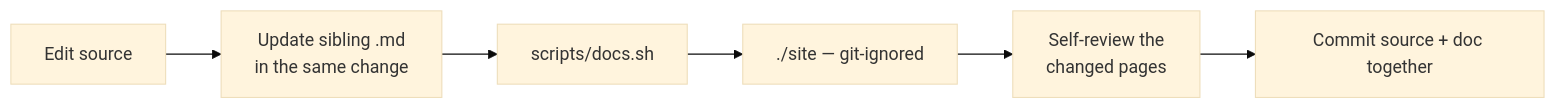
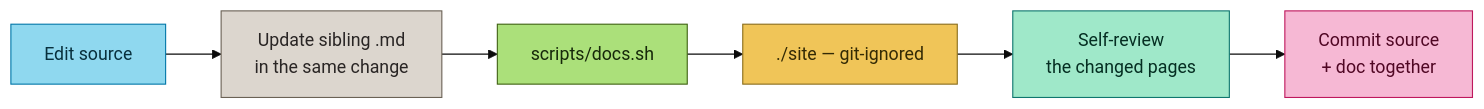
One commit to fordaj/barnacle changed the diagram in AGENTS.md. Above: the diagram before and after it, drawn with Mermaid (base theme). The commit also changed other lines of this file and 23 other files, not shown here.

````diff
--- a/AGENTS.md
+++ b/AGENTS.md
@@ -3,8 +3,20 @@
 ```mermaid
 flowchart LR
-    Code[Edit source] --> Doc[Update sibling .md<br/>in the same change]
-    Doc --> Regen[scripts/docs.sh]
-    Regen --> Site[./site — git-ignored]
-    Site --> Review[Self-review the<br/>changed pages]
-    Review --> Commit[Commit source + doc together]
+    Code["Edit source"] --> Doc["Update sibling .md<br/>in the same change"]
+    Doc --> Regen["scripts/docs.sh"]
+    Regen --> Site["./site — git-ignored"]
+    Site --> Review["Self-review<br/>the changed pages"]
+    Review --> Commit["Commit source<br/>+ doc together"]
+    class Code goFile
+    class Doc mdFile
+    class Regen shFile
+    class Site folder
+    class Review checkNode
+    class Commit tagNode
+    classDef goFile fill:#8fd8ef,stroke:#0277a8,color:#08303d
+    classDef mdFile fill:#dcd6ce,stroke:#6b6255,color:#292524
+    classDef shFile fill:#abe07a,stroke:#3f6212,color:#16280a
+    classDef folder fill:#f0c558,stroke:#8a6d1c,color:#332a05
+    classDef checkNode fill:#9fe8c9,stroke:#0f766e,color:#052e22
+    classDef tagNode fill:#f6b8d4,stroke:#be185d,color:#500724
 ```
````
